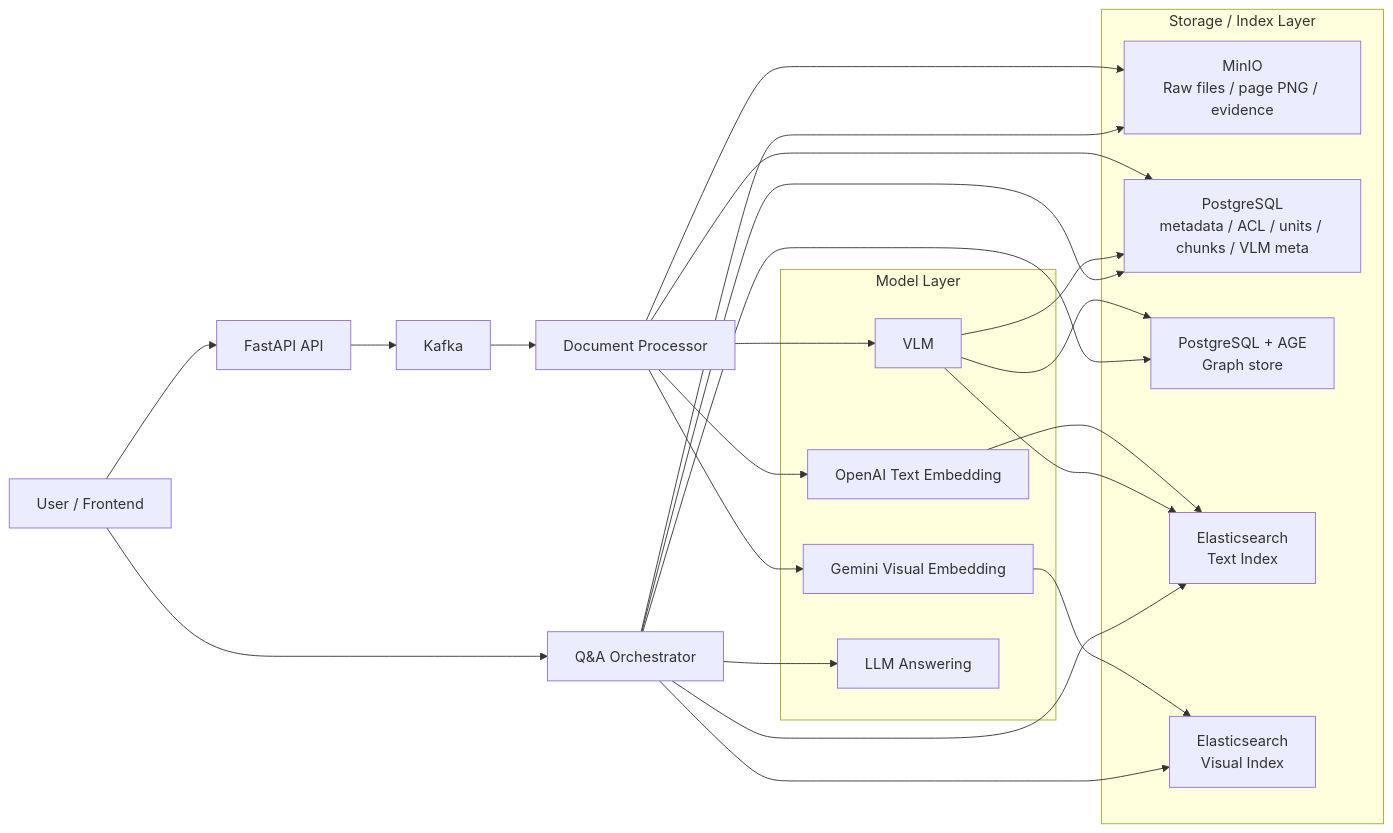
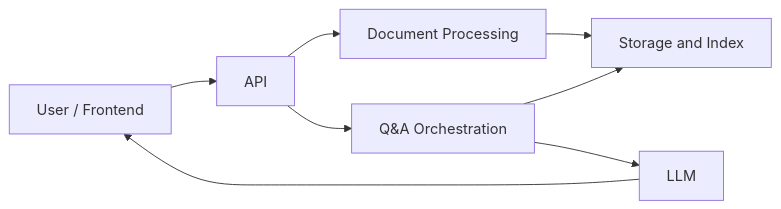
The first of 9 diagrams in README_en.md (tiand23/AIKnowledgeBaseNew), drawn with Mermaid before and after one commit. The commit also changed other lines of this file and 2 other files, not shown here.

````diff
--- a/README_en.md
+++ b/README_en.md
@@ -48,47 +69,17 @@
 ```mermaid
 flowchart LR
     U["User / Frontend"]
-    API["FastAPI API"]
-    K["Kafka"]
-    DP["Document Processor"]
-    QA["Q&A Orchestrator"]
-
-    subgraph STORE["Storage / Index Layer"]
-        OBJ["MinIO\nRaw files / page PNG / evidence"]
-        PG["PostgreSQL\nmetadata / ACL / units / chunks / VLM meta"]
-        AGE["PostgreSQL + AGE\nGraph store"]
-        ES_T["Elasticsearch\nText Index"]
-        ES_V["Elasticsearch\nVisual Index"]
-    end
-
-    subgraph MODEL["Model Layer"]
-        TXT_EMB["OpenAI Text Embedding"]
-        VIS_EMB["Gemini Visual Embedding"]
-        VLM["VLM"]
-        LLM["LLM Answering"]
-    end
+    API["API"]
+    INGEST["Document Processing"]
+    STORE["Storage and Index"]
+    QA["Q&A Orchestration"]
+    LLM["LLM"]
 
     U --> API
-    API --> K
-    K --> DP
-
-    DP --> OBJ
-    DP --> PG
-    DP --> TXT_EMB
-    DP --> VIS_EMB
-    DP --> VLM
-
-    TXT_EMB --> ES_T
-    VIS_EMB --> ES_V
-    VLM --> PG
-    VLM --> AGE
-    VLM --> ES_T
-
-    U --> QA
-    QA --> ES_T
-    QA --> ES_V
-    QA --> AGE
-    QA --> PG
-    QA --> OBJ
+    API --> INGEST
+    API --> QA
+    INGEST --> STORE
+    QA --> STORE
     QA --> LLM
+    LLM --> U
 ```
````
